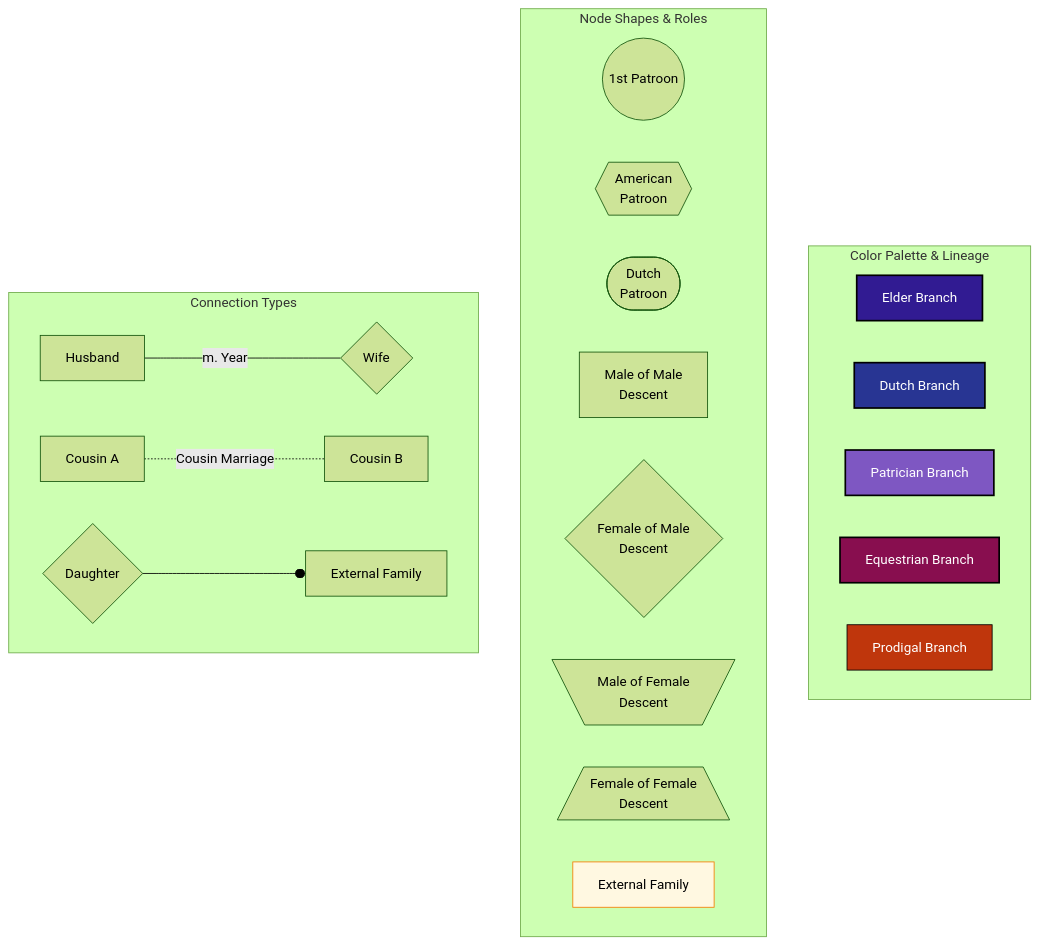
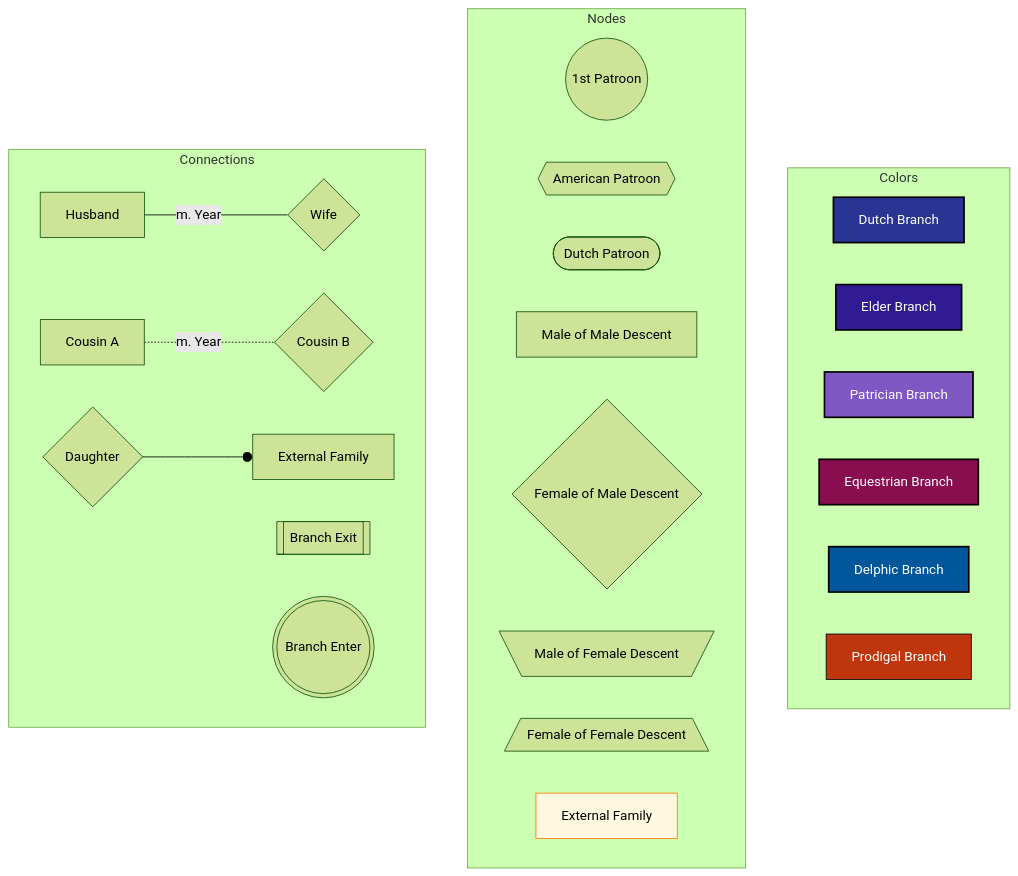
The second of 7 diagrams in source/07_fabula/01_magnum-opus/appendices/000.rst (chinchalinchin/elara), drawn with Mermaid (forest theme) before and after one commit. The commit also changed other lines of this file, not shown here.

```diff
--- a/source/07_fabula/01_magnum-opus/appendices/000.rst
+++ b/source/07_fabula/01_magnum-opus/appendices/000.rst
@@ -147,50 +151,54 @@
 .. mermaid::
 
     graph TD
         %% =========================================
         %% LEGEND STYLES
         %% =========================================
+        classDef delphicLegend fill:#01579B,stroke:#000,stroke-width:2px,color:#fff
+        classDef dutchLegend fill:#283593,stroke:#000,stroke-width:2px,color:#fff
         classDef elderLegend fill:#311B92,stroke:#000,stroke-width:2px,color:#fff
+        classDef equestrianLegend fill:#880E4F,stroke:#000,stroke-width:2px,color:#fff
+        classDef externalLegend fill:#FFF8E1,stroke:#F57C00,stroke-width:1px,color:#000
         classDef patricianLegend fill:#7E57C2,stroke:#000,stroke-width:2px,color:#fff
-        classDef equestrianLegend fill:#880E4F,stroke:#000,stroke-width:2px,color:#fff
         classDef prodigalLegend fill:#BF360C,stroke:#000,stroke-width:1px,color:#fff
-        classDef dutchLegend fill:#283593,stroke:#000,stroke-width:2px,color:#fff
         classDef specialLegend fill:#00897B,stroke:#004D40,stroke-width:3px,color:#fff
-        classDef externalLegend fill:#FFF8E1,stroke:#F57C00,stroke-width:1px,color:#000
 
         %% =========================================
         %% COLOR CODING (GRADIENTS)
         %% =========================================
-        subgraph Colors [Color Palette & Lineage]
+        subgraph Colors [Colors]
             direction LR
-            C1[Elder Branch]:::elderLegend
-            C2[Dutch Branch]:::dutchLegend
+            C1[Dutch Branch]:::dutchLegend
+            C2[Elder Branch]:::elderLegend
             C3[Patrician Branch]:::patricianLegend
             C4[Equestrian Branch]:::equestrianLegend
-            C5[Prodigal Branch]:::prodigalLegend
+            C5[Delphic Branch]:::delphicLegend
+            C6[Prodigal Branch]:::prodigalLegend
         end
 
         %% =========================================
-        %% SHAPE KEY
+        %% NODES
         %% =========================================
-        subgraph Shapes [Node Shapes & Roles]
+        subgraph Nodes [Nodes]
             direction LR
             S1((1st Patroon))
-            S2{{American<br>Patroon}}
-            S3([Dutch<br>Patroon])
-            S4[Male of Male<br>Descent]
-            S5{Female of Male<br>Descent}
-            S6[\Male of Female<br>Descent/]
-            S7[/Female of Female<br>Descent\]
+            S2{{American Patroon}}
+            S3([Dutch Patroon])
+            S4[Male of Male Descent]
+            S5{Female of Male Descent}
+            S6[\Male of Female Descent/]
+            S7[/Female of Female Descent\]
             S8[External Family]:::externalLegend
         end
 
         %% =========================================
         %% CONNECTIONS
         %% =========================================
-        subgraph Connect [Connection Types]
+        subgraph Connections [Connections]
             direction LR
             A1[Husband] ---|m. Year| A2{Wife}
-            B1[Cousin A] -.-|Cousin Marriage| B2[Cousin B]
+            B1[Cousin A] -.-|m. Year| B2{Cousin B}
             D1{Daughter} --o D2[External Family]
+            E1[[Branch Exit]]
+            E2(((Branch Enter)))
         end
```
